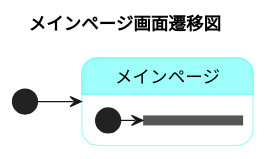
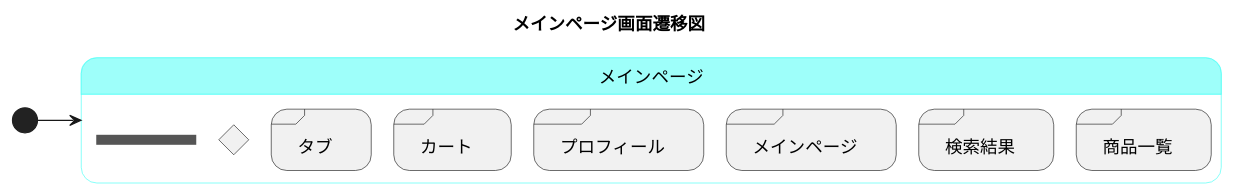
One commit to akutori/T-D-E changed the diagram in メインページ.md. Above: the diagram before and after it, drawn with PlantUML.

Commit message:
必要そうな定義済み処理を追加

````diff
--- a/メインページ.md
+++ b/メインページ.md
@@ -1,14 +1,22 @@
 ```uml
 @startuml
 title メインページ画面遷移図
 
 [*]->メインページ
 state メインページ<<mainpage>>{
-state main_fork<<fork>>
-    [*]-> main_fork
+    state join_header <<join>>
+    state ifinput <<choice>>
+    state "タブ" as tab <<sdlreceive>>
+    state "カート" as cart <<sdlreceive>>
+    state "プロフィール" as profile <<sdlreceive>>
+    state "メインページ" as mainpage <<sdlreceive>>
+    state "検索結果" as serch <<sdlreceive>>
+    state "商品一覧" as goods<<sdlreceive>>
+
+
 }
 skinparam stateBorderColor<<mainpage>> #40fff5
 state メインページ #9efffa
 
 @enduml
 ```
````
